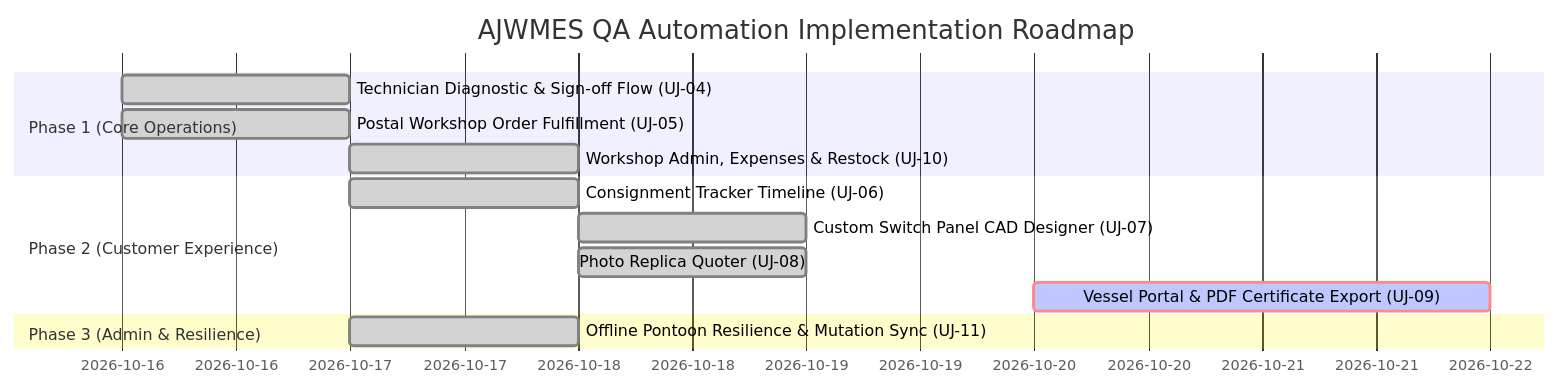
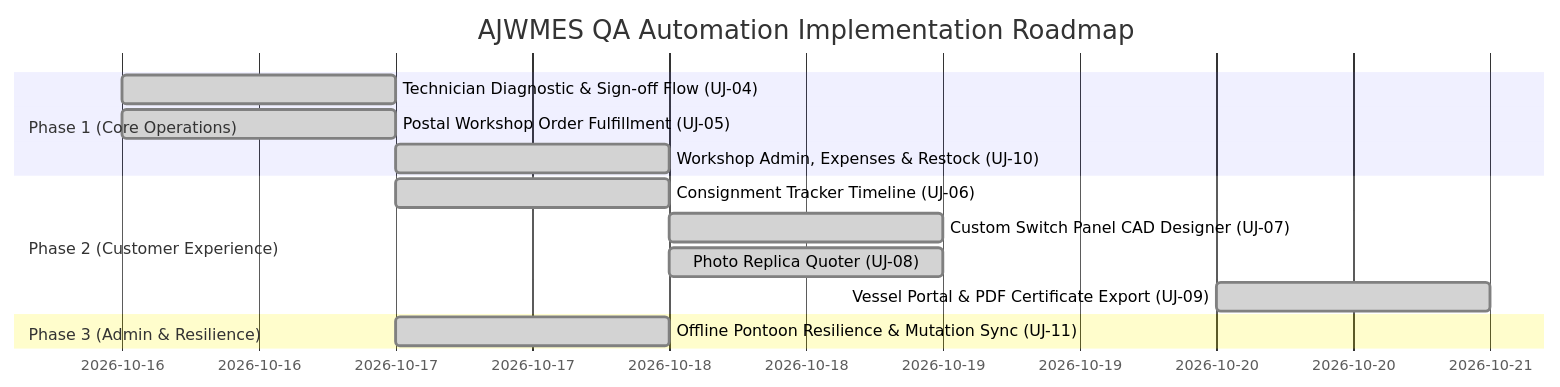
The second of 2 diagrams in docs/E2E_USER_JOURNEYS.md (AnthonyWrather/ajwmes), drawn with Mermaid before and after one commit. The commit also changed other lines of this file and 10 other files, not shown here.

Commit message:
feat(portal): implement Journey UJ-09 — Boat Owner Vessel Portal & Certificate PDF Export

````diff
--- a/docs/E2E_USER_JOURNEYS.md
+++ b/docs/E2E_USER_JOURNEYS.md
@@ -337,16 +379,16 @@
 ```mermaid
 gantt
     title AJWMES QA Automation Implementation Roadmap
     dateFormat  YYYY-MM-DD
     section Phase 1 (Core Operations)
     Technician Diagnostic & Sign-off Flow (UJ-04) :done, 2026-10-16, 1d
     Postal Workshop Order Fulfillment (UJ-05)     :done, 2026-10-16, 1d
     Workshop Admin, Expenses & Restock (UJ-10)    :done, 2026-10-17, 1d
     section Phase 2 (Customer Experience)
     Consignment Tracker Timeline (UJ-06)          :done, 2026-10-17, 1d
     Custom Switch Panel CAD Designer (UJ-07)      :done, 2026-10-18, 1d
     Photo Replica Quoter (UJ-08)                  :done, 2026-10-18, 1d
-    Vessel Portal & PDF Certificate Export (UJ-09):crit, active, 2026-10-20, 2d
+    Vessel Portal & PDF Certificate Export (UJ-09):done, 2026-10-20, 1d
     section Phase 3 (Admin & Resilience)
     Offline Pontoon Resilience & Mutation Sync (UJ-11):done, 2026-10-17, 1d
 ```
````
